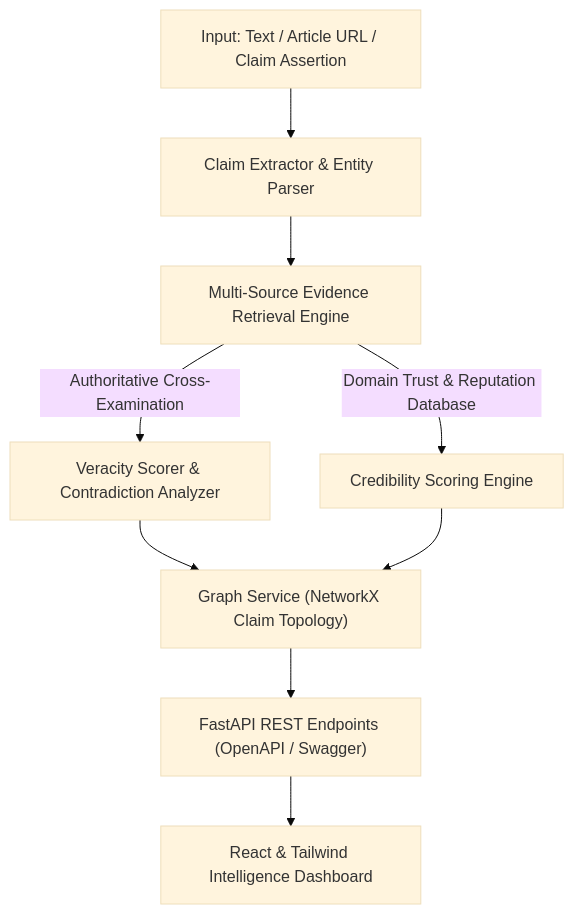
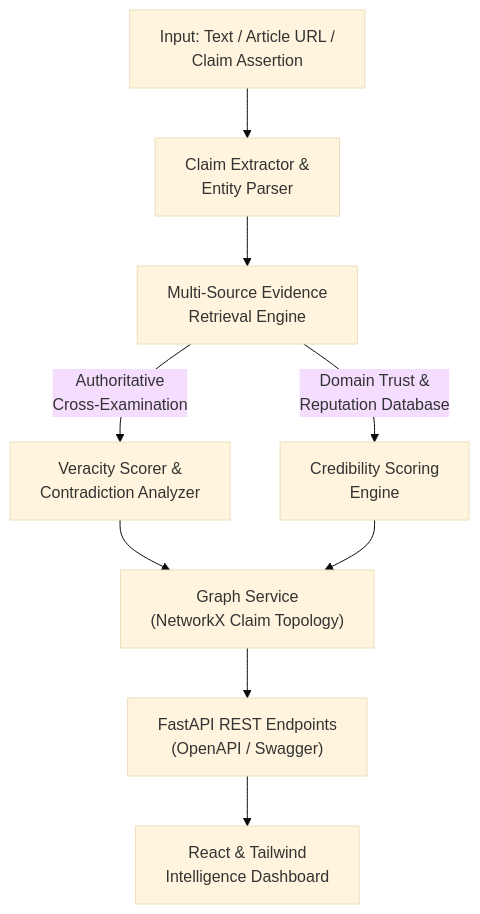
Before and after one commit to ISBANDURAHUMAN-R/TRUVEX: the diagram in README.md, drawn with Mermaid (base theme).

Commit message:
docs: fix Mermaid diagram text visibility, wrapping and responsive layout

````diff
--- a/README.md
+++ b/README.md
@@ -16,11 +16,11 @@
 ```mermaid
 flowchart TD
-    Input["Input: Text / Article URL / Claim Assertion"] --> CE["Claim Extractor & Entity Parser"]
-    CE --> MSR["Multi-Source Evidence Retrieval Engine"]
-    MSR -->|"Authoritative Cross-Examination"| VS["Veracity Scorer & Contradiction Analyzer"]
-    MSR -->|"Domain Trust & Reputation Database"| CS["Credibility Scoring Engine"]
-    VS --> GS["Graph Service (NetworkX Claim Topology)"]
+    Input["Input: Text / Article URL /<br/>Claim Assertion"] --> CE["Claim Extractor &amp;<br/>Entity Parser"]
+    CE --> MSR["Multi-Source Evidence<br/>Retrieval Engine"]
+    MSR -->|"Authoritative<br/>Cross-Examination"| VS["Veracity Scorer &amp;<br/>Contradiction Analyzer"]
+    MSR -->|"Domain Trust &amp;<br/>Reputation Database"| CS["Credibility Scoring<br/>Engine"]
+    VS --> GS["Graph Service<br/>(NetworkX Claim Topology)"]
     CS --> GS
-    GS --> API["FastAPI REST Endpoints (OpenAPI / Swagger)"]
-    API --> UI["React & Tailwind Intelligence Dashboard"]
+    GS --> API["FastAPI REST Endpoints<br/>(OpenAPI / Swagger)"]
+    API --> UI["React & Tailwind<br/>Intelligence Dashboard"]
 ```
````
